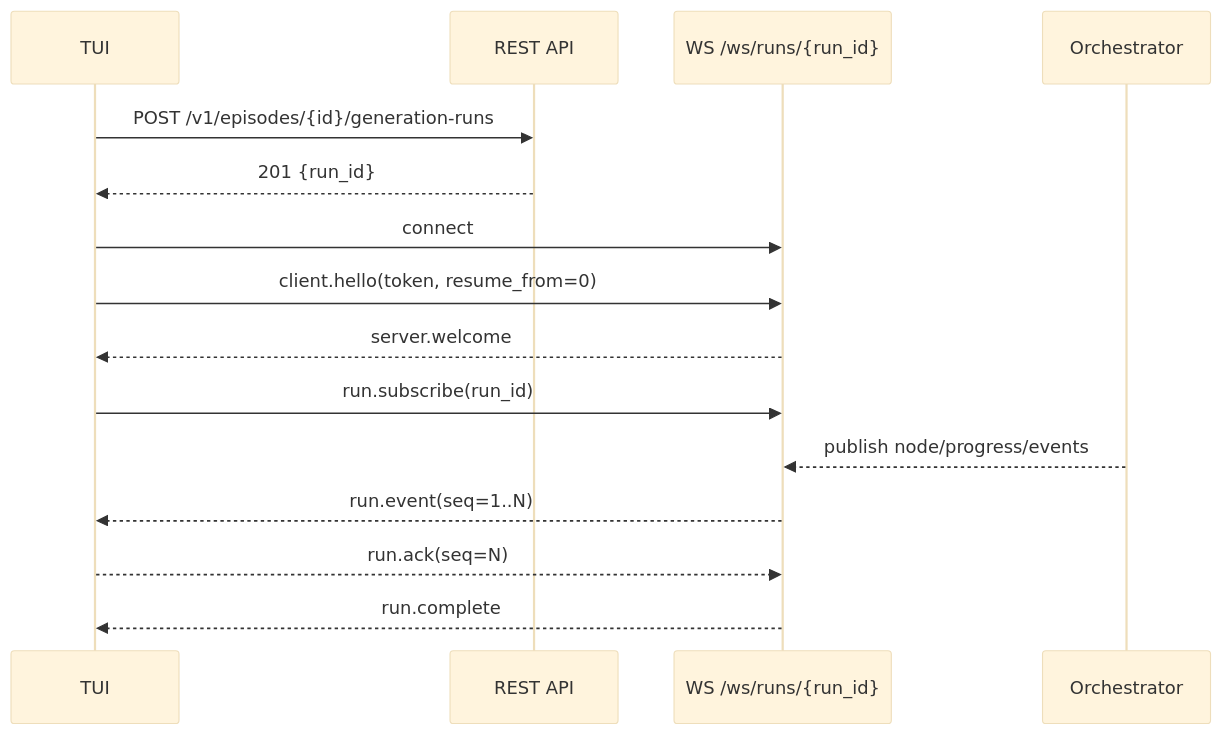
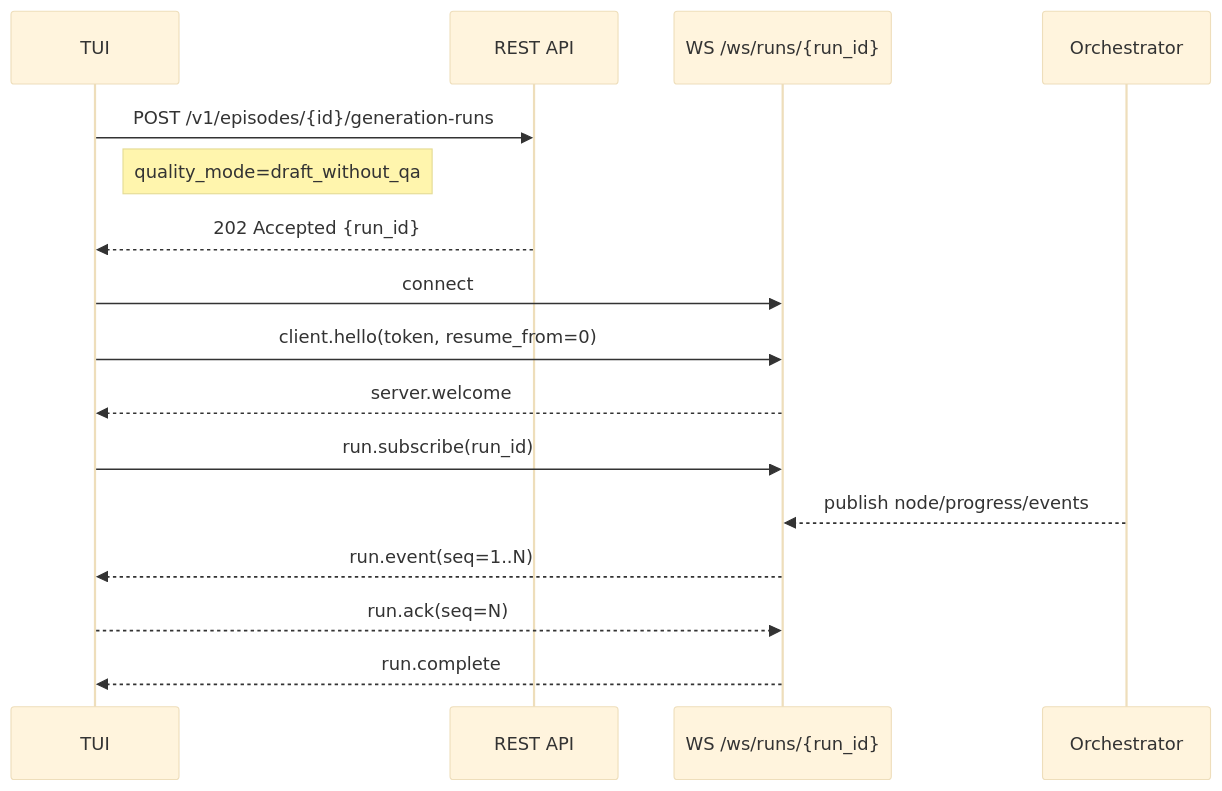
Before and after one commit to leynos/episodic: the first of 8 diagrams in docs/episodic-tui-api-design.md, drawn with Mermaid (base theme). The commit also changed other lines of this file and 2 other files, not shown here.

First line of the commit message:
Align source-to-script roadmap and API design

````diff
--- a/docs/episodic-tui-api-design.md
+++ b/docs/episodic-tui-api-design.md
@@ -624,18 +675,19 @@
 ```mermaid
 sequenceDiagram
     participant TUI
     participant REST as REST API
     participant WS as WS /ws/runs/{run_id}
     participant Orchestrator
 
     TUI->>REST: POST /v1/episodes/{id}/generation-runs
-    REST-->>TUI: 201 {run_id}
+    Note right of TUI: quality_mode=draft_without_qa
+    REST-->>TUI: 202 Accepted {run_id}
     TUI->>WS: connect
     TUI->>WS: client.hello(token, resume_from=0)
     WS-->>TUI: server.welcome
     TUI->>WS: run.subscribe(run_id)
     Orchestrator-->>WS: publish node/progress/events
     WS-->>TUI: run.event(seq=1..N)
     TUI-->>WS: run.ack(seq=N)
     WS-->>TUI: run.complete
 ```
````
